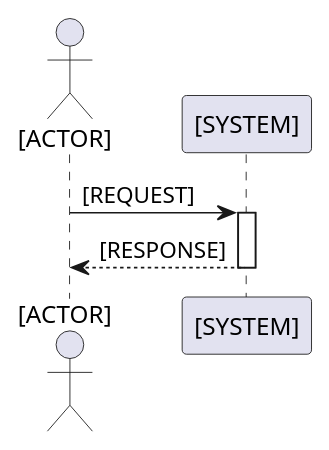
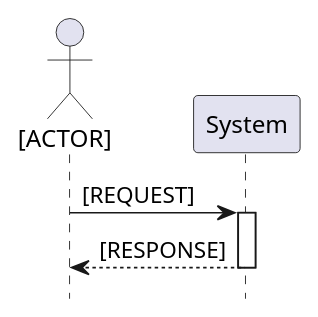
Before and after one commit to ruifrvaz/smaqit: the diagram in templates/designs/functional.template.md, drawn with PlantUML. The commit also changed 4 other files, not shown here.

Commit message:
feat: enforce deterministic system-sequence black box

````diff
--- a/templates/designs/functional.template.md
+++ b/templates/designs/functional.template.md
@@ -21,10 +21,11 @@
 ```plantuml
 @startuml
 actor "[ACTOR]" as Actor
-participant "[SYSTEM]" as System
+participant "System" as System
+hide footbox
 Actor -> System: [REQUEST]
 activate System
 System --> Actor: [RESPONSE]
 deactivate System
 @enduml
 ```
````
